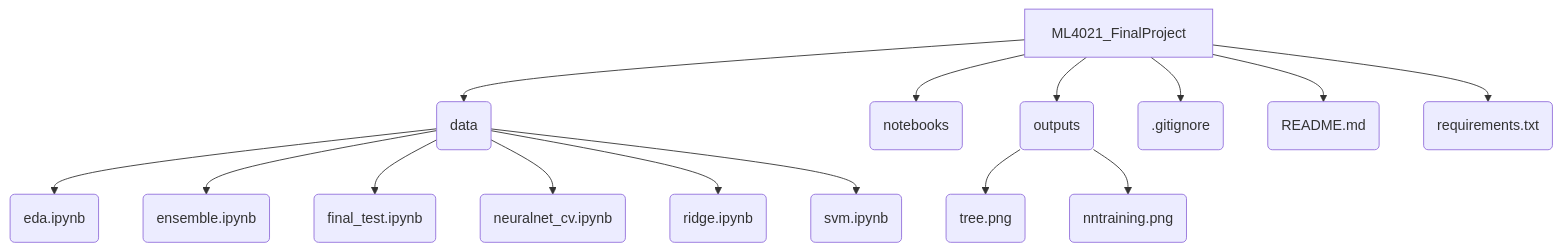
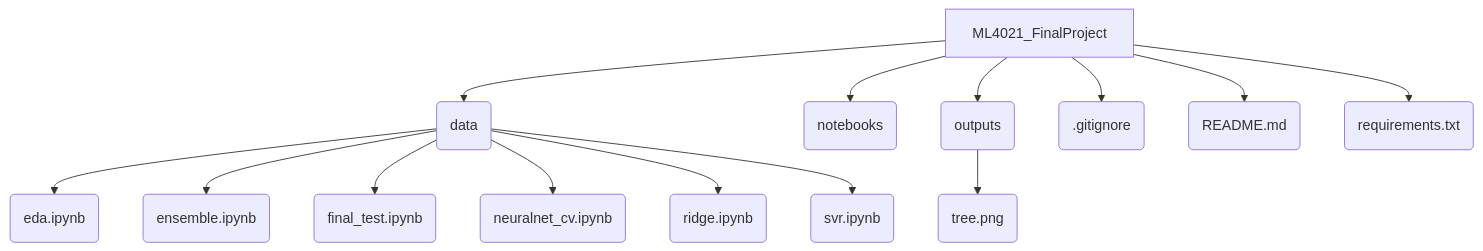
Before and after one commit to RyanErm/ML4021_FinalProject: the diagram in README.md, drawn with Mermaid. The commit also changed other lines of this file and 1 other file, not shown here.

````diff
--- a/README.md
+++ b/README.md
@@ -20,17 +17,16 @@
 ```mermaid
 graph TD
     A[ML4021_FinalProject] --> B(data);
     A --> C(notebooks);
     B --> D(eda.ipynb);
     B --> E(ensemble.ipynb);
     B --> F(final_test.ipynb);
     B --> G(neuralnet_cv.ipynb);
     B --> H(ridge.ipynb);
-    B --> I(svm.ipynb);
+    B --> I(svr.ipynb);
     A --> J(outputs);
     J --> K(tree.png)
     A --> L(.gitignore)
     A --> M(README.md)
     A --> N(requirements.txt)
-    J --> O(nntraining.png)
 ```
````
